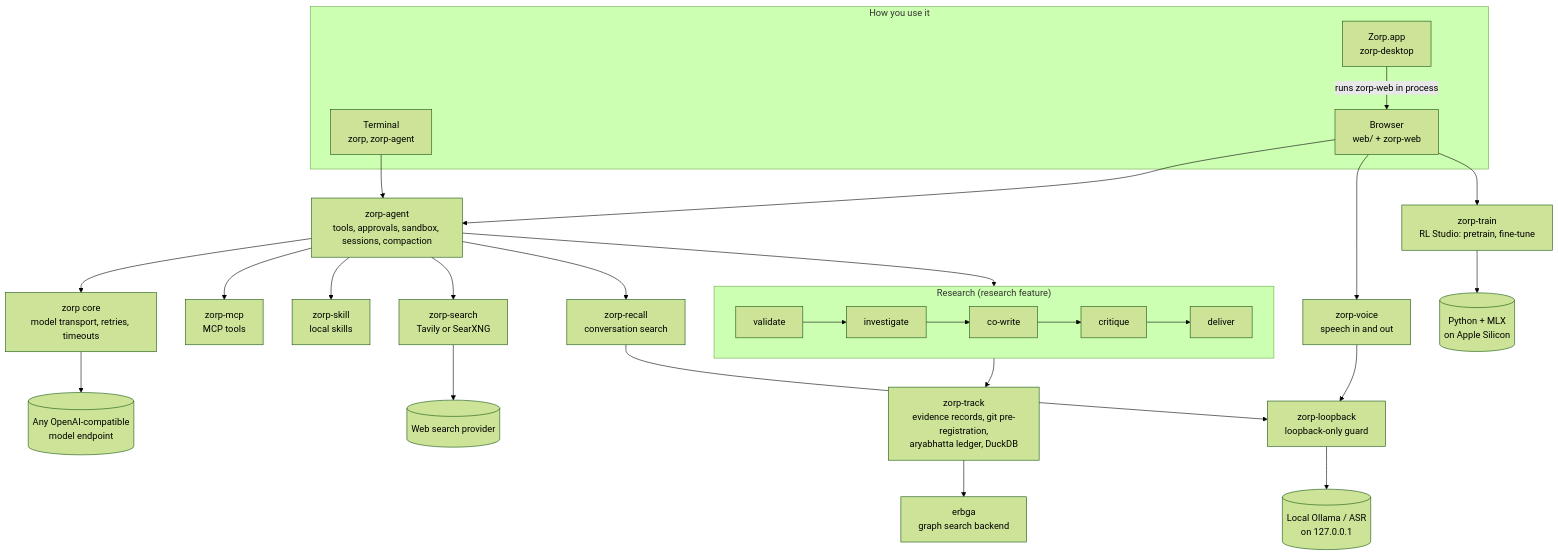
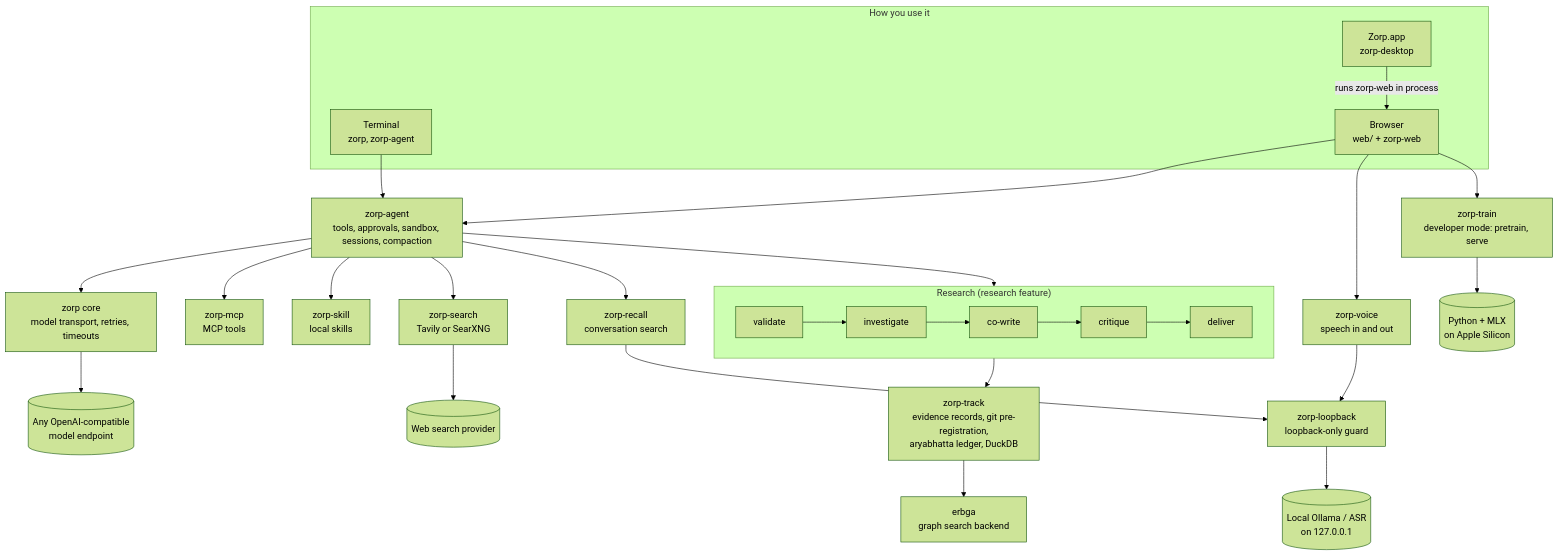
The diagram in README.md (aviskaar/zorp), drawn with Mermaid (forest theme) before and after one commit. The commit also changed other lines of this file, not shown here.

First line of the commit message:
README: mirror the zorp.dev front page

````diff
--- a/README.md
+++ b/README.md
@@ -173,39 +236,39 @@
 ```mermaid
 flowchart TB
     subgraph Surfaces["How you use it"]
         CLI["Terminal<br/>zorp, zorp-agent"]
         WEB["Browser<br/>web/ + zorp-web"]
         MAC["Zorp.app<br/>zorp-desktop"]
     end
 
     MAC -->|"runs zorp-web in process"| WEB
     CLI --> AGENT
     WEB --> AGENT
 
     AGENT["zorp-agent<br/>tools, approvals, sandbox, sessions, compaction"]
 
     subgraph Research["Research (research feature)"]
         direction LR
         V[validate] --> I[investigate] --> C[co-write] --> K[critique] --> D[deliver]
     end
 
     AGENT --> Research
     Research --> TRACK["zorp-track<br/>evidence records, git pre-registration,<br/>aryabhatta ledger, DuckDB"]
     TRACK --> ERBGA["erbga<br/>graph search backend"]
 
     AGENT --> CORE["zorp core<br/>model transport, retries, timeouts"]
     AGENT --> MCP["zorp-mcp<br/>MCP tools"]
     AGENT --> SKILL["zorp-skill<br/>local skills"]
     AGENT --> SEARCH["zorp-search<br/>Tavily or SearXNG"]
     AGENT --> RECALL["zorp-recall<br/>conversation search"]
     WEB --> VOICE["zorp-voice<br/>speech in and out"]
-    WEB --> TRAIN["zorp-train<br/>RL Studio: pretrain, fine-tune"]
+    WEB --> TRAIN["zorp-train<br/>developer mode: pretrain, serve"]
 
     RECALL --> LOOP["zorp-loopback<br/>loopback-only guard"]
     VOICE --> LOOP
 
     CORE --> MODEL[("Any OpenAI-compatible<br/>model endpoint")]
     SEARCH --> NET[("Web search provider")]
     LOOP --> LOCAL[("Local Ollama / ASR<br/>on 127.0.0.1")]
     TRAIN --> MLX[("Python + MLX<br/>on Apple Silicon")]
 ```
````
